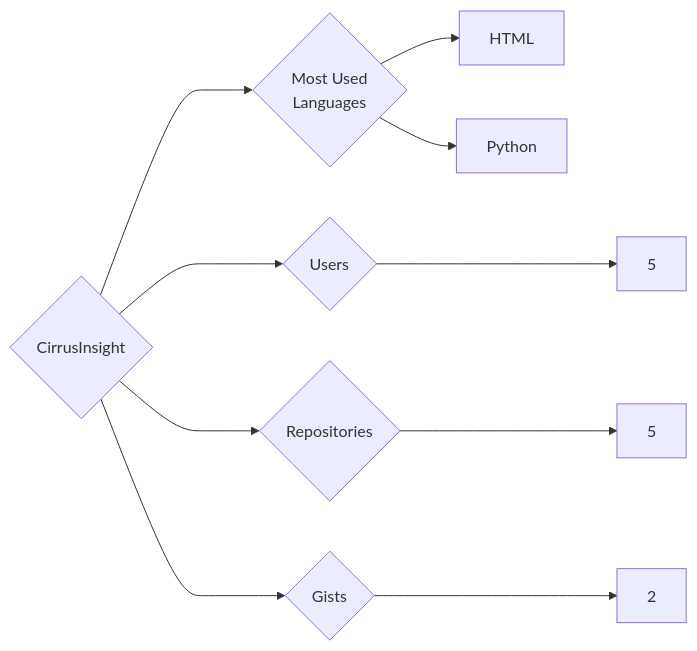
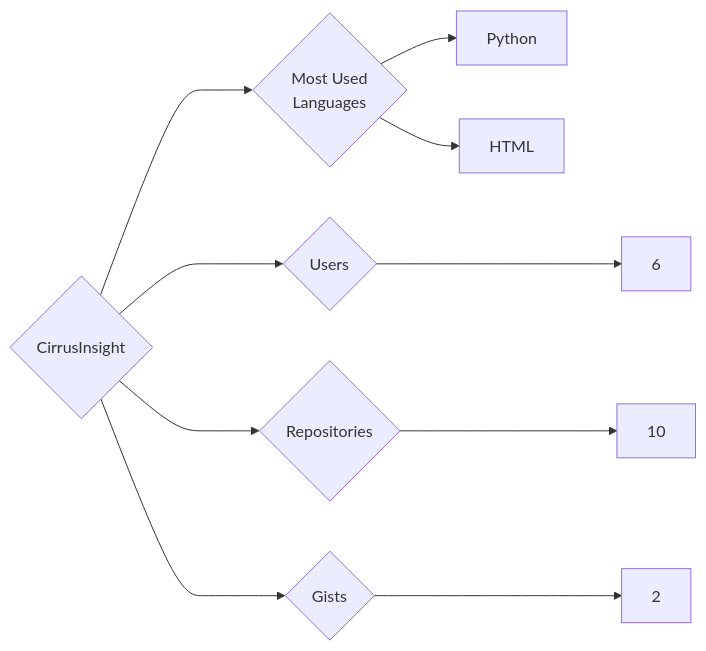
The diagram in targets/CirrusInsight/README.md (trickest/insiders), drawn with Mermaid before and after one commit. The commit also changed 611 other files, not shown here.

````diff
--- a/targets/CirrusInsight/README.md
+++ b/targets/CirrusInsight/README.md
@@ -3,10 +3,10 @@
 ```mermaid
 graph LR
 COMPANY_NAME{CirrusInsight}
-COMPANY_NAME ---> U{Users} ---> UN[5]
-COMPANY_NAME ---> R{Repositories} ---> RN[5]
+COMPANY_NAME ---> U{Users} ---> UN[6]
+COMPANY_NAME ---> R{Repositories} ---> RN[10]
 COMPANY_NAME ---> G{Gists} ---> GN[2]
 COMPANY_NAME ---> ML{Most Used<br>Languages}
+ML --> Python[Python]
 ML --> HTML[HTML]
-ML --> Python[Python]
 ```
````
